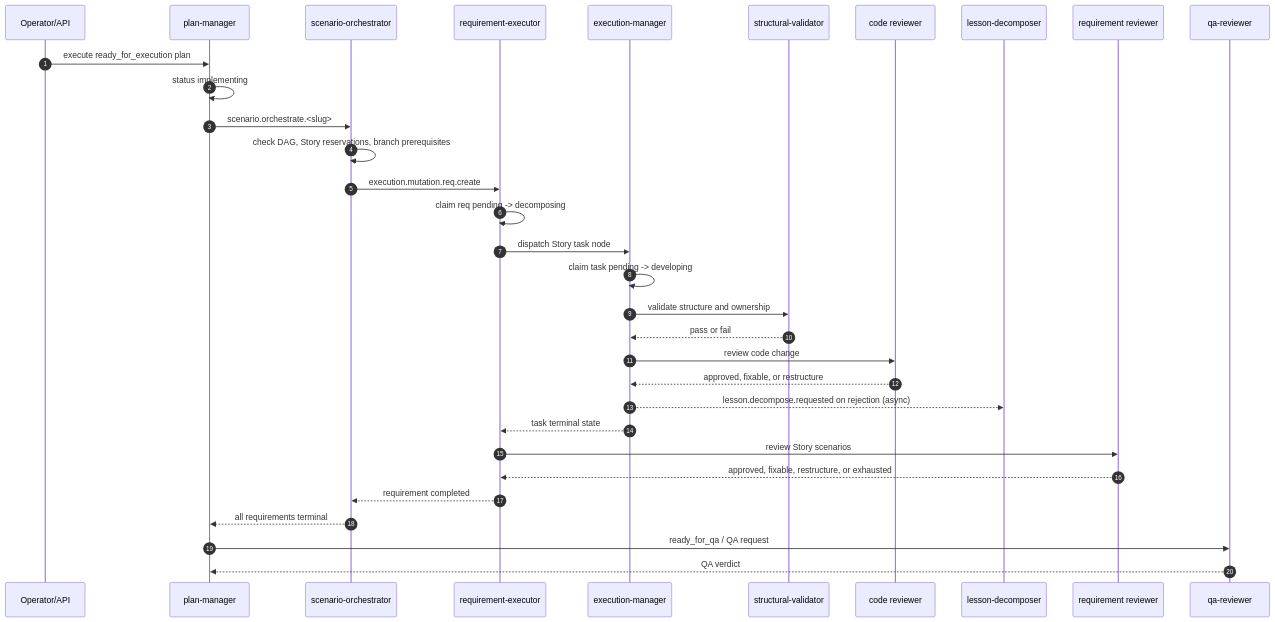
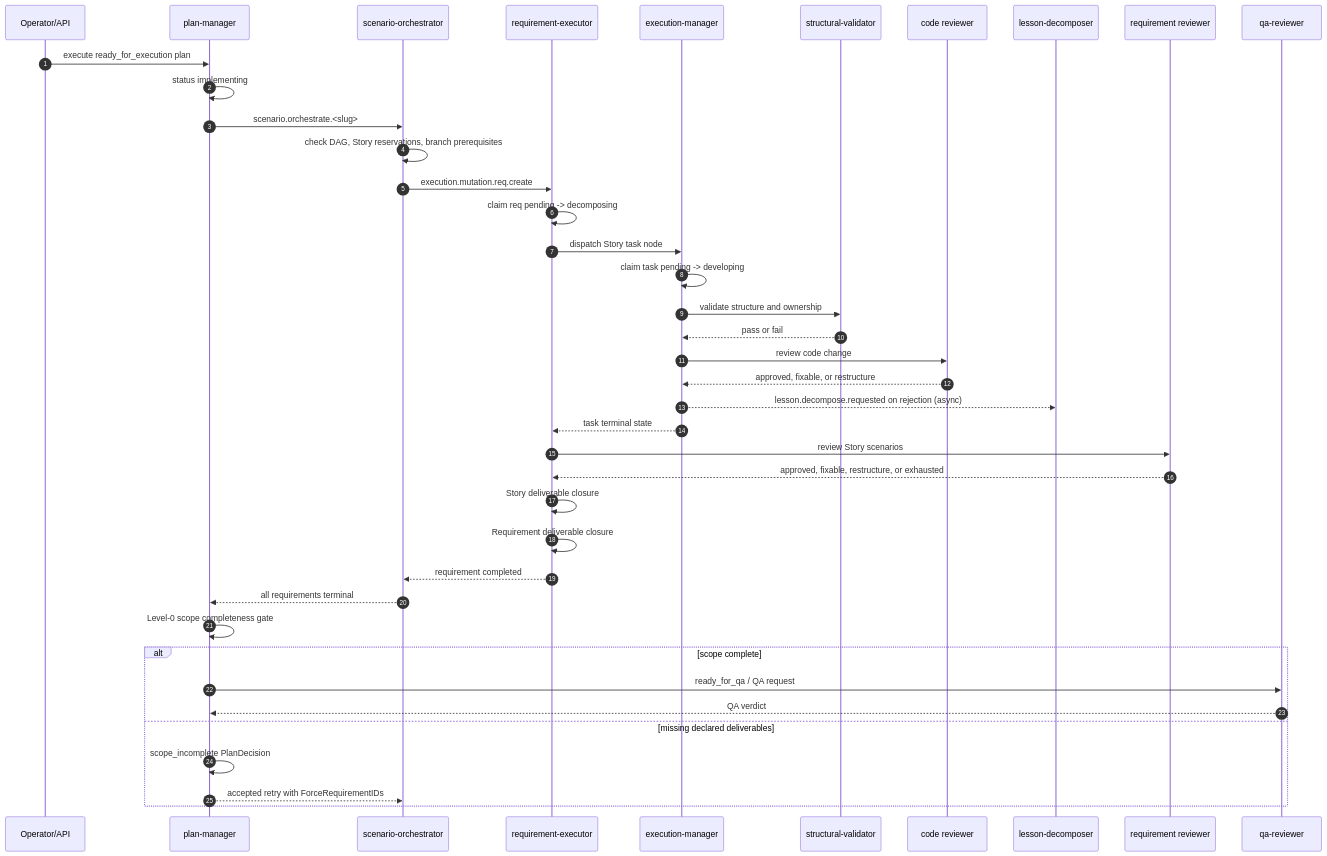
The third of 4 diagrams in docs/e2e-flow.md (C360Studio/semspec), drawn with Mermaid before and after one commit. The commit also changed other lines of this file and 3 other files, not shown here.

````diff
--- a/docs/e2e-flow.md
+++ b/docs/e2e-flow.md
@@ -374,35 +400,43 @@
 ```mermaid
 sequenceDiagram
     autonumber
     participant Op as Operator/API
     participant PM as plan-manager
     participant SO as scenario-orchestrator
     participant RE as requirement-executor
     participant EM as execution-manager
     participant SV as structural-validator
     participant CR as code reviewer
     participant LD as lesson-decomposer
     participant RR as requirement reviewer
     participant QA as qa-reviewer
 
     Op->>PM: execute ready_for_execution plan
     PM->>PM: status implementing
     PM->>SO: scenario.orchestrate.<slug>
     SO->>SO: check DAG, Story reservations, branch prerequisites
     SO->>RE: execution.mutation.req.create
     RE->>RE: claim req pending -> decomposing
     RE->>EM: dispatch Story task node
     EM->>EM: claim task pending -> developing
     EM->>SV: validate structure and ownership
     SV-->>EM: pass or fail
     EM->>CR: review code change
     CR-->>EM: approved, fixable, or restructure
     EM-->>LD: lesson.decompose.requested on rejection (async)
     EM-->>RE: task terminal state
     RE->>RR: review Story scenarios
     RR-->>RE: approved, fixable, restructure, or exhausted
+    RE->>RE: Story deliverable closure
+    RE->>RE: Requirement deliverable closure
     RE-->>SO: requirement completed
     SO-->>PM: all requirements terminal
-    PM->>QA: ready_for_qa / QA request
-    QA-->>PM: QA verdict
+    PM->>PM: Level-0 scope completeness gate
+    alt scope complete
+        PM->>QA: ready_for_qa / QA request
+        QA-->>PM: QA verdict
+    else missing declared deliverables
+        PM->>PM: scope_incomplete PlanDecision
+        PM-->>SO: accepted retry with ForceRequirementIDs
+    end
 ```
````
